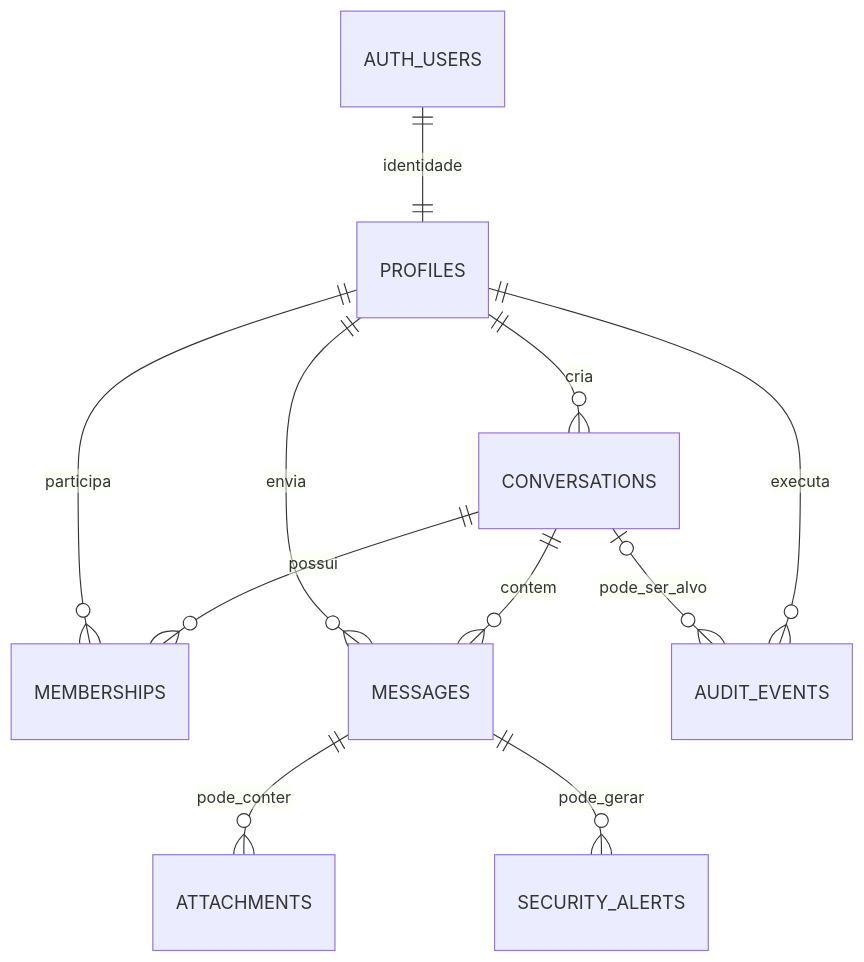
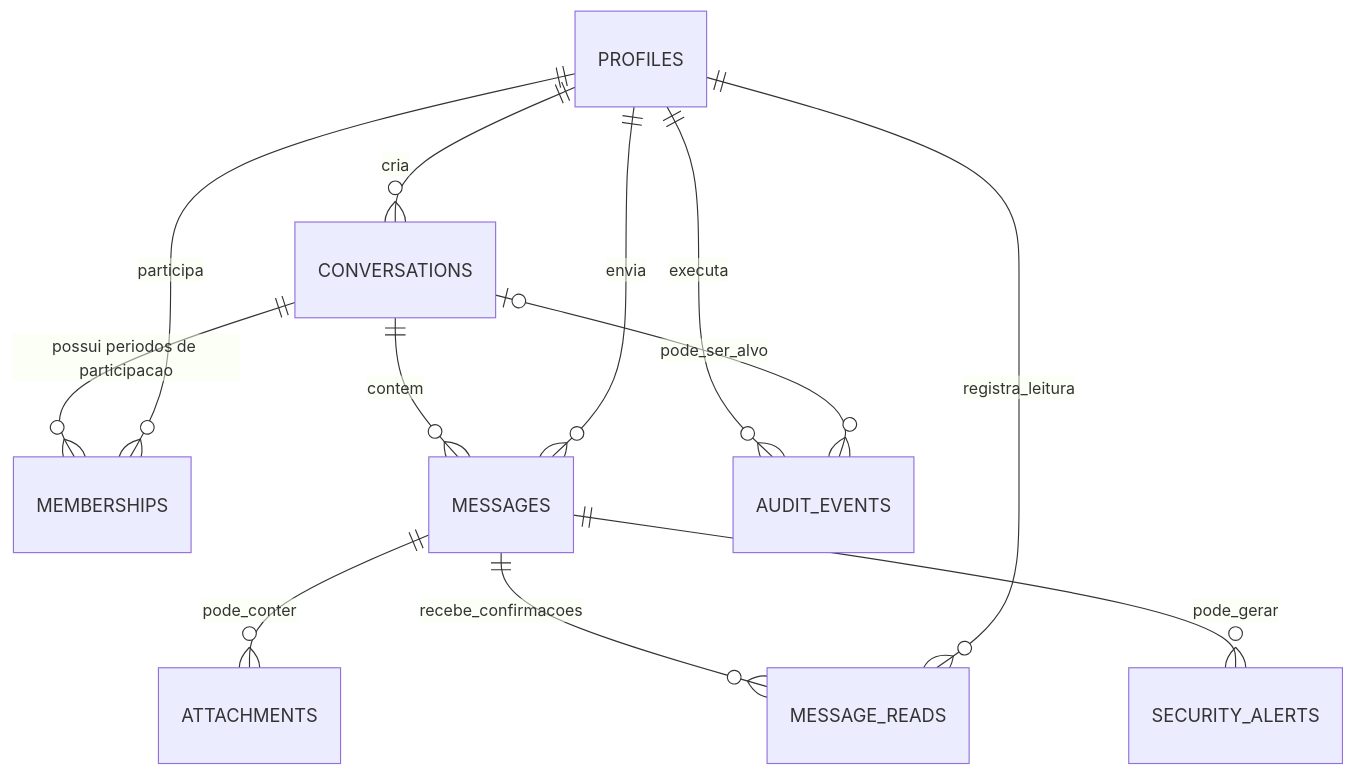
One commit to Aluvioz/Polychat changed the diagram in docs/database/modelo-de-dados.md. Above: the diagram before and after it, drawn with Mermaid. The commit also changed other lines of this file, not shown here.

```diff
--- a/docs/database/modelo-de-dados.md
+++ b/docs/database/modelo-de-dados.md
@@ -53,13 +59,14 @@
 ~~~mermaid
 erDiagram
-    AUTH_USERS ||--|| PROFILES : "identidade"
     PROFILES ||--o{ CONVERSATIONS : "cria"
-    CONVERSATIONS ||--o{ MEMBERSHIPS : "possui"
+    CONVERSATIONS ||--o{ MEMBERSHIPS : "possui periodos de participacao"
     PROFILES ||--o{ MEMBERSHIPS : "participa"
     CONVERSATIONS ||--o{ MESSAGES : "contem"
     PROFILES ||--o{ MESSAGES : "envia"
     MESSAGES ||--o{ ATTACHMENTS : "pode_conter"
+    MESSAGES ||--o{ MESSAGE_READS : "recebe_confirmacoes"
+    PROFILES ||--o{ MESSAGE_READS : "registra_leitura"
     PROFILES ||--o{ AUDIT_EVENTS : "executa"
     CONVERSATIONS o|--o{ AUDIT_EVENTS : "pode_ser_alvo"
     MESSAGES ||--o{ SECURITY_ALERTS : "pode_gerar"
 ~~~
```
